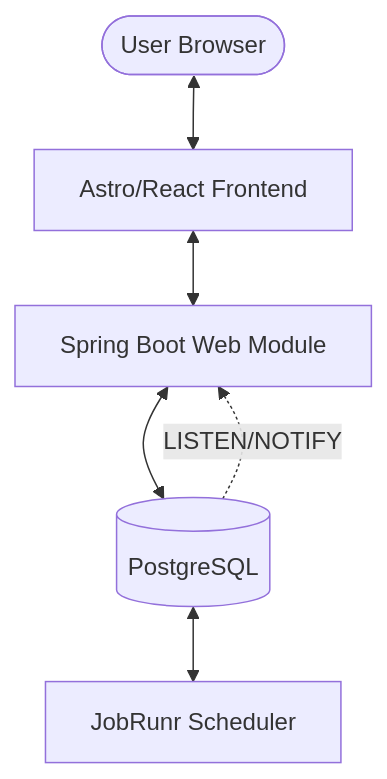
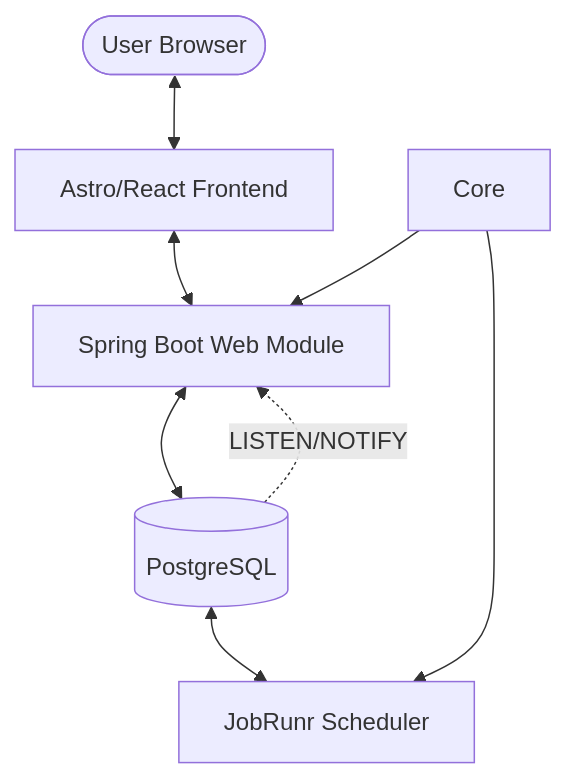
The diagram in README.md (mangila/fibonacci), drawn with Mermaid before and after one commit.

Commit message:
Update README with architecture diagram changes

````diff
--- a/README.md
+++ b/README.md
@@ -34,8 +34,10 @@
 ```mermaid
 graph TD
     User([User Browser]) <--> Client[Astro/React Frontend]
     Client <--> Web[Spring Boot Web Module]
     Web <--> DB[(PostgreSQL)]
+    Core --> Web
+    Core --> Scheduler[JobRunr Scheduler]
     DB[(PostgreSQL)] <--> Scheduler[JobRunr Scheduler]
     DB -.->|LISTEN/NOTIFY| Web
 ```
````
